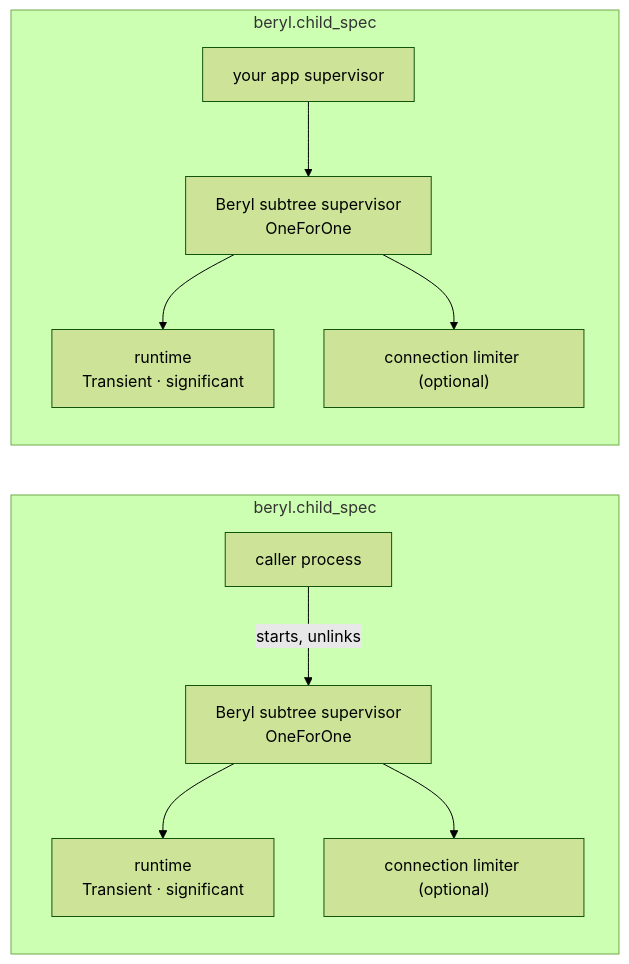
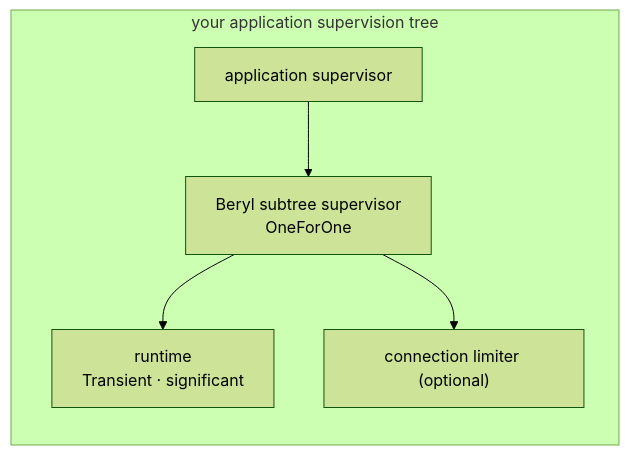
The second of 11 diagrams in docs/architecture-deck.md (tylerbutler/beryl), drawn with Mermaid (forest theme) before and after one commit. The commit also changed other lines of this file and 11 other files, not shown here.

````diff
--- a/docs/architecture-deck.md
+++ b/docs/architecture-deck.md
@@ -134,13 +134,8 @@
 ```mermaid
 flowchart LR
-  subgraph Standalone["beryl.child_spec"]
-    Caller["caller process"] -->|starts, unlinks| Sup1["Beryl subtree supervisor<br/>OneForOne"]
-    Sup1 --> Rt1["runtime<br/>Transient · significant"]
-    Sup1 --> Lim1["connection limiter (optional)"]
-  end
-  subgraph Embedded["beryl.child_spec"]
-    AppSup["your app supervisor"] --> Sup2["Beryl subtree supervisor<br/>OneForOne"]
-    Sup2 --> Rt2["runtime<br/>Transient · significant"]
-    Sup2 --> Lim2["connection limiter (optional)"]
+  subgraph App["your application supervision tree"]
+    AppSup["application supervisor"] --> Sup["Beryl subtree supervisor<br/>OneForOne"]
+    Sup --> Rt["runtime<br/>Transient · significant"]
+    Sup --> Lim["connection limiter (optional)"]
   end
 ```
````
